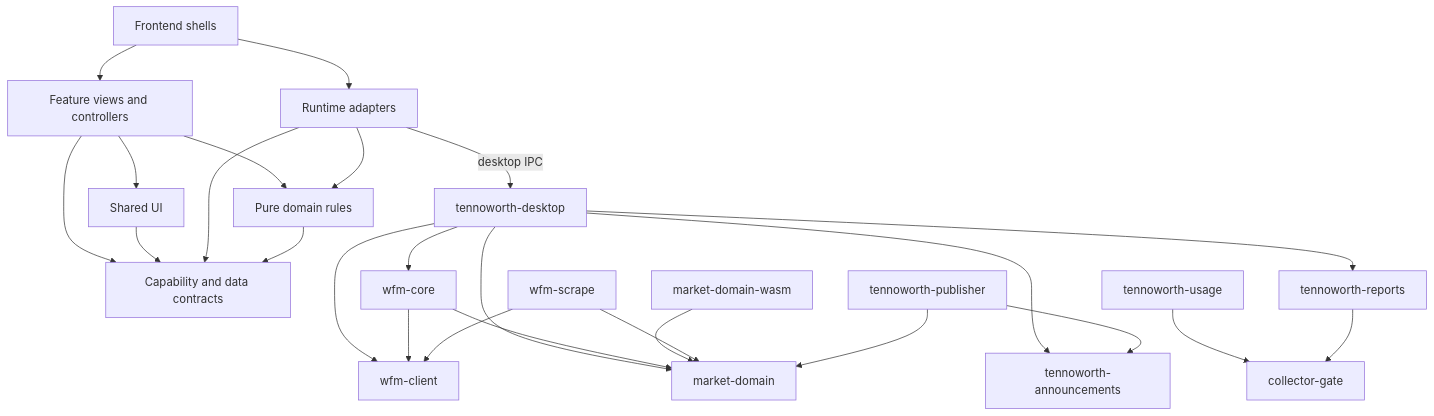
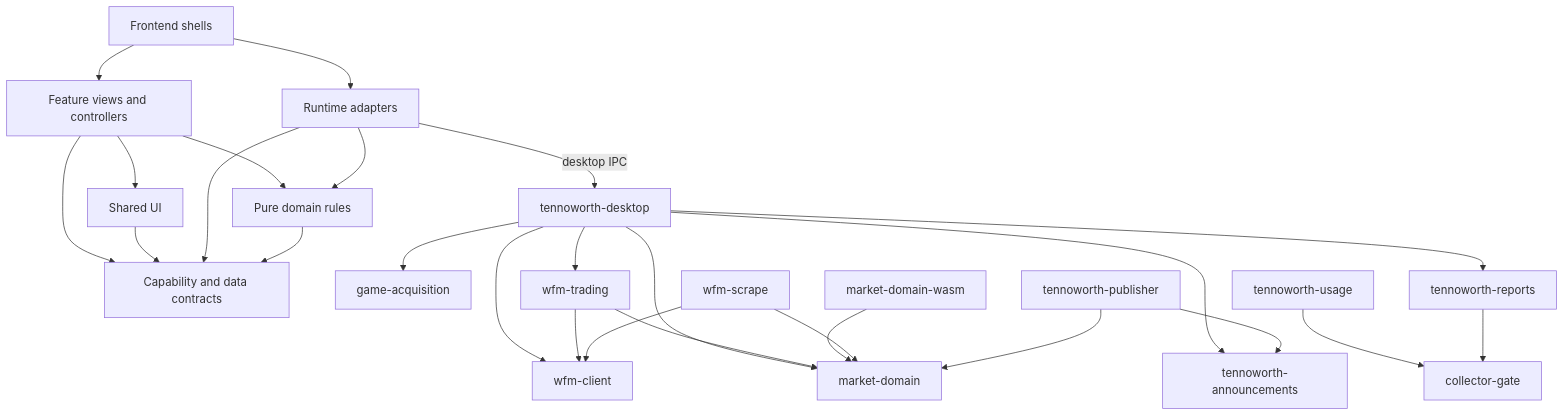
The diagram in docs/architecture.md (tennoworth/tennoworth), drawn with Mermaid before and after one commit. The commit also changed other lines of this file and 89 other files, not shown here.

First line of the commit message:
refactor: split wfm-core into game-acquisition and wfm-trading

````diff
--- a/docs/architecture.md
+++ b/docs/architecture.md
@@ -145,27 +148,28 @@
 ```mermaid
 flowchart TD
   Shells[Frontend shells] --> Features[Feature views and controllers]
   Shells --> Adapters[Runtime adapters]
   Features --> Contracts[Capability and data contracts]
   Features --> Domain[Pure domain rules]
   Features --> UI[Shared UI]
   UI --> Contracts
   Adapters --> Contracts
   Adapters --> Domain
   Domain --> Contracts
   Adapters -->|desktop IPC| Desktop[tennoworth-desktop]
-  Desktop --> Core[wfm-core]
+  Desktop --> Acq[game-acquisition]
+  Desktop --> Core[wfm-trading]
   Desktop --> Client[wfm-client]
   Desktop --> Market[market-domain]
   Desktop --> Feed[tennoworth-announcements]
   Desktop --> Reports[tennoworth-reports]
   Core --> Client
   Core --> Market
   Wasm[market-domain-wasm] --> Market
   Scrape[wfm-scrape] --> Market
   Scrape --> Client
   Publisher[tennoworth-publisher] --> Feed
   Publisher --> Market
   Usage[tennoworth-usage] --> Gate[collector-gate]
   Reports --> Gate
 ```
````
